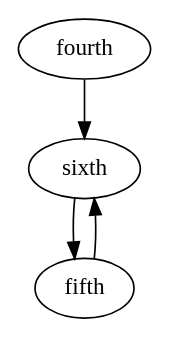
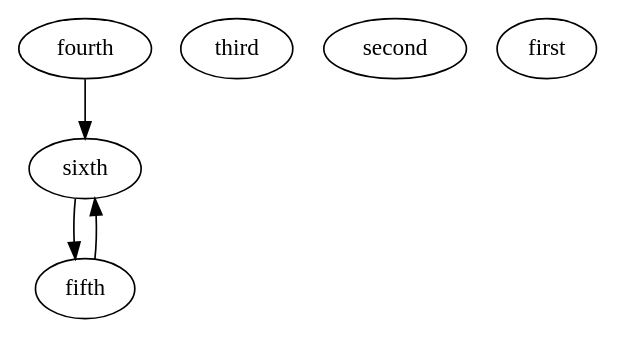
The diagram in test.gv (AshFungor/graph-serializer), drawn with Graphviz before and after one commit. The commit also changed 4 other files, not shown here.

Commit message:
fix parser and parser graph, now can input from node after from node

```diff
--- a/test.gv
+++ b/test.gv
@@ -1,11 +1,14 @@
 digraph {
   sixth [label = "sixth"]
   fifth [label = "fifth"]
   fourth [label = "fourth"]
+  third 
+  second 
+  first 
 
 
 
   sixth -> fifth [weight = 9 ]
   fifth -> sixth [weight = 8 ]
   fourth -> sixth [weight = 7 ]
 }
```
